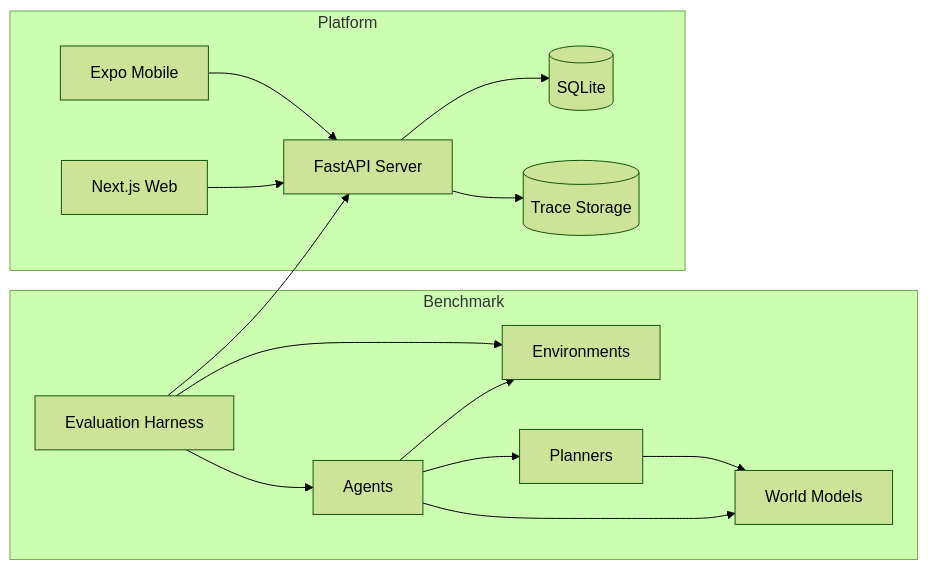
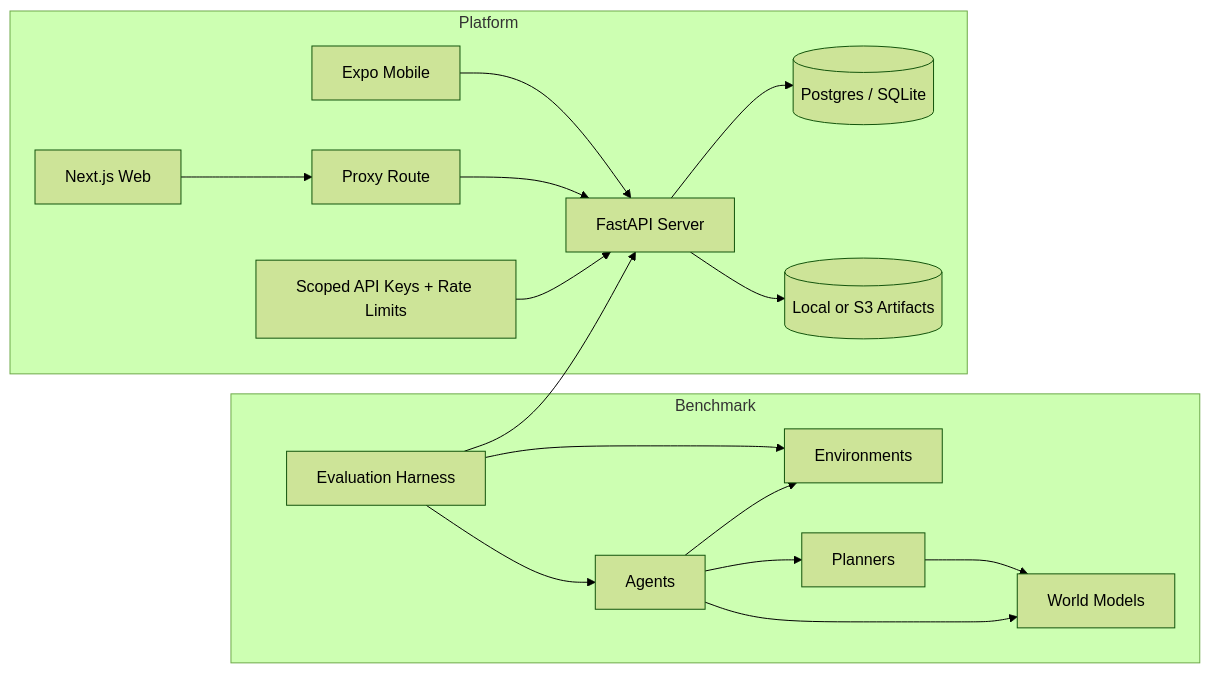
One commit to biru-codeastromer/WorldModel-Gym changed the diagram in docs/ARCHITECTURE.md. Above: the diagram before and after it, drawn with Mermaid (forest theme). The commit also changed 49 other files, not shown here.

````diff
--- a/docs/ARCHITECTURE.md
+++ b/docs/ARCHITECTURE.md
@@ -3,30 +3,34 @@
 ```mermaid
 flowchart LR
     subgraph Benchmark
-      E[Environments]
-      A[Agents]
-      P[Planners]
-      W[World Models]
-      H[Evaluation Harness]
+      E["Environments"]
+      A["Agents"]
+      P["Planners"]
+      W["World Models"]
+      H["Evaluation Harness"]
     end
 
     subgraph Platform
-      S[FastAPI Server]
-      DB[(SQLite)]
-      FS[(Trace Storage)]
-      WEB[Next.js Web]
-      MOB[Expo Mobile]
+      S["FastAPI Server"]
+      AUTH["Scoped API Keys + Rate Limits"]
+      DB[("Postgres / SQLite")]
+      FS[("Local or S3 Artifacts")]
+      WEB["Next.js Web"]
+      PROXY["Proxy Route"]
+      MOB["Expo Mobile"]
     end
 
     A --> E
     A --> P
     A --> W
     P --> W
     H --> A
     H --> E
     H --> S
+    AUTH --> S
     S --> DB
     S --> FS
-    WEB --> S
+    WEB --> PROXY
+    PROXY --> S
     MOB --> S
 ```
````
